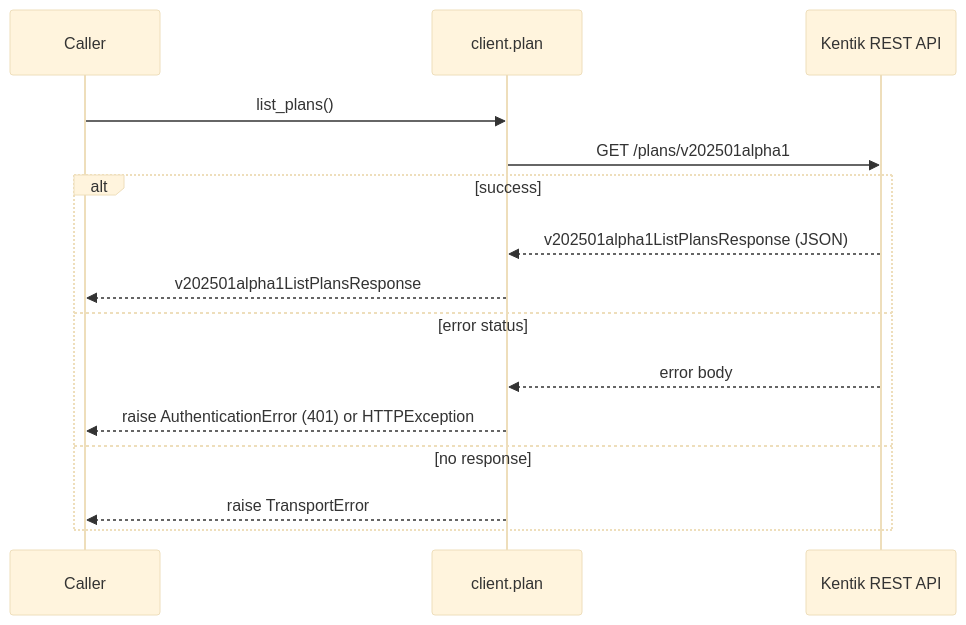
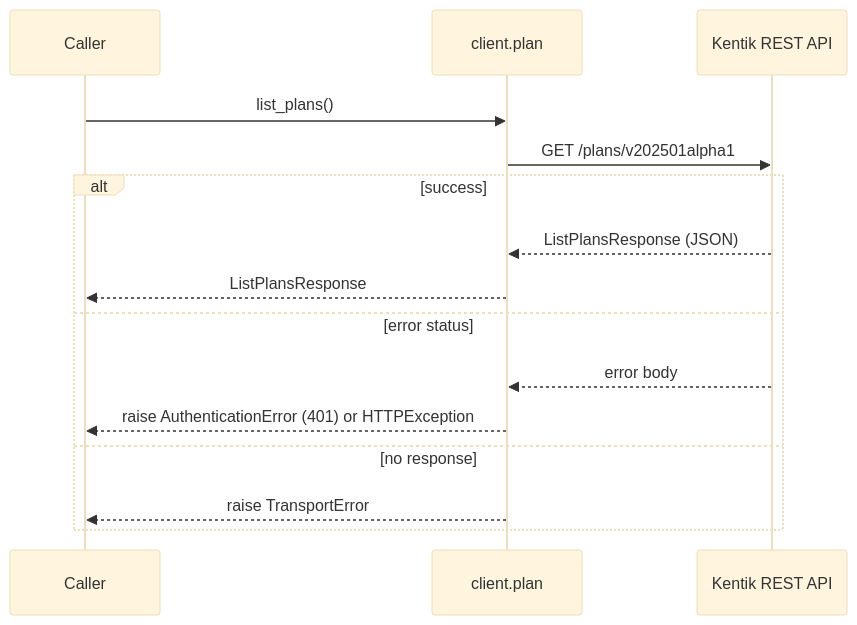
The second of 4 diagrams in docs/sphinx/services/plan.md (alexdearaujo/community_sdk_python), drawn with Mermaid (base theme) before and after one commit. The commit also changed other lines of this file and 38 other files, not shown here.

````diff
--- a/docs/sphinx/services/plan.md
+++ b/docs/sphinx/services/plan.md
@@ -38,18 +38,18 @@
 ```mermaid
 sequenceDiagram
     participant C as Caller
     participant W as client.plan
     participant API as Kentik REST API
 
     C->>W: list_plans()
     W->>API: GET /plans/v202501alpha1
     alt success
-        API-->>W: v202501alpha1ListPlansResponse (JSON)
-        W-->>C: v202501alpha1ListPlansResponse
+        API-->>W: ListPlansResponse (JSON)
+        W-->>C: ListPlansResponse
     else error status
         API-->>W: error body
         W-->>C: raise AuthenticationError (401) or HTTPException
     else no response
         W-->>C: raise TransportError
     end
 ```
````
